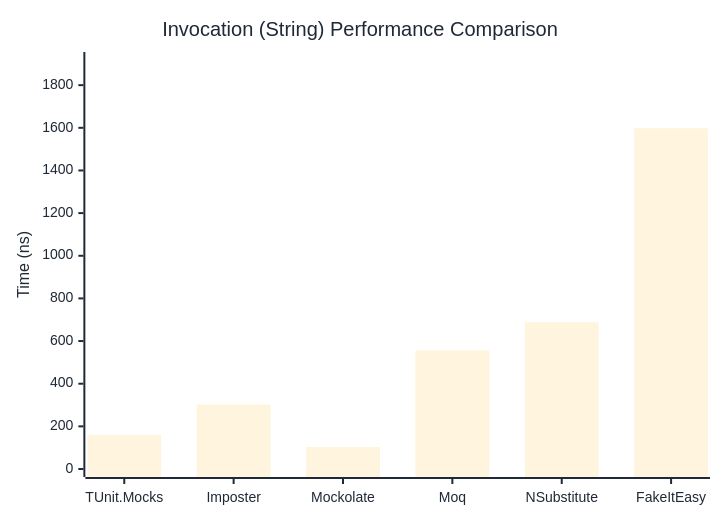
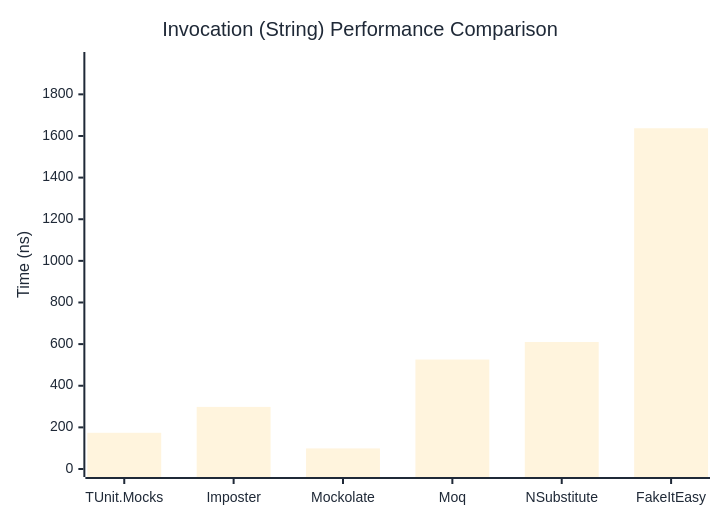
The second of 3 diagrams in docs/docs/benchmarks/mocks/Invocation.md (thomhurst/TUnit), drawn with Mermaid before and after one commit. The commit also changed other lines of this file and 14 other files, not shown here.

````diff
--- a/docs/docs/benchmarks/mocks/Invocation.md
+++ b/docs/docs/benchmarks/mocks/Invocation.md
@@ -71,27 +71,27 @@
 ```mermaid
 %%{init: {
   'theme':'base',
   'themeVariables': {
     'primaryColor': '#2563eb',
     'primaryTextColor': '#1f2937',
     'primaryBorderColor': '#1e40af',
     'lineColor': '#6b7280',
     'secondaryColor': '#7c3aed',
     'tertiaryColor': '#dc2626',
     'background': '#ffffff',
     'pie1': '#2563eb',
     'pie2': '#7c3aed',
     'pie3': '#dc2626',
     'pie4': '#f59e0b',
     'pie5': '#10b981',
     'pie6': '#06b6d4',
     'pie7': '#ec4899',
     'pie8': '#6366f1'
   }
 }}%%
 xychart-beta
   title "Invocation (String) Performance Comparison"
   x-axis ["TUnit.Mocks", "Imposter", "Mockolate", "Moq", "NSubstitute", "FakeItEasy"]
-  y-axis "Time (ns)" 0 --> 1918
-  bar [160.7, 302.4, 103.3, 556.3, 688.3, 1598]
+  y-axis "Time (ns)" 0 --> 1965
+  bar [173.91, 298.33, 98.9, 525.99, 610.15, 1637.09]
 ```
````
